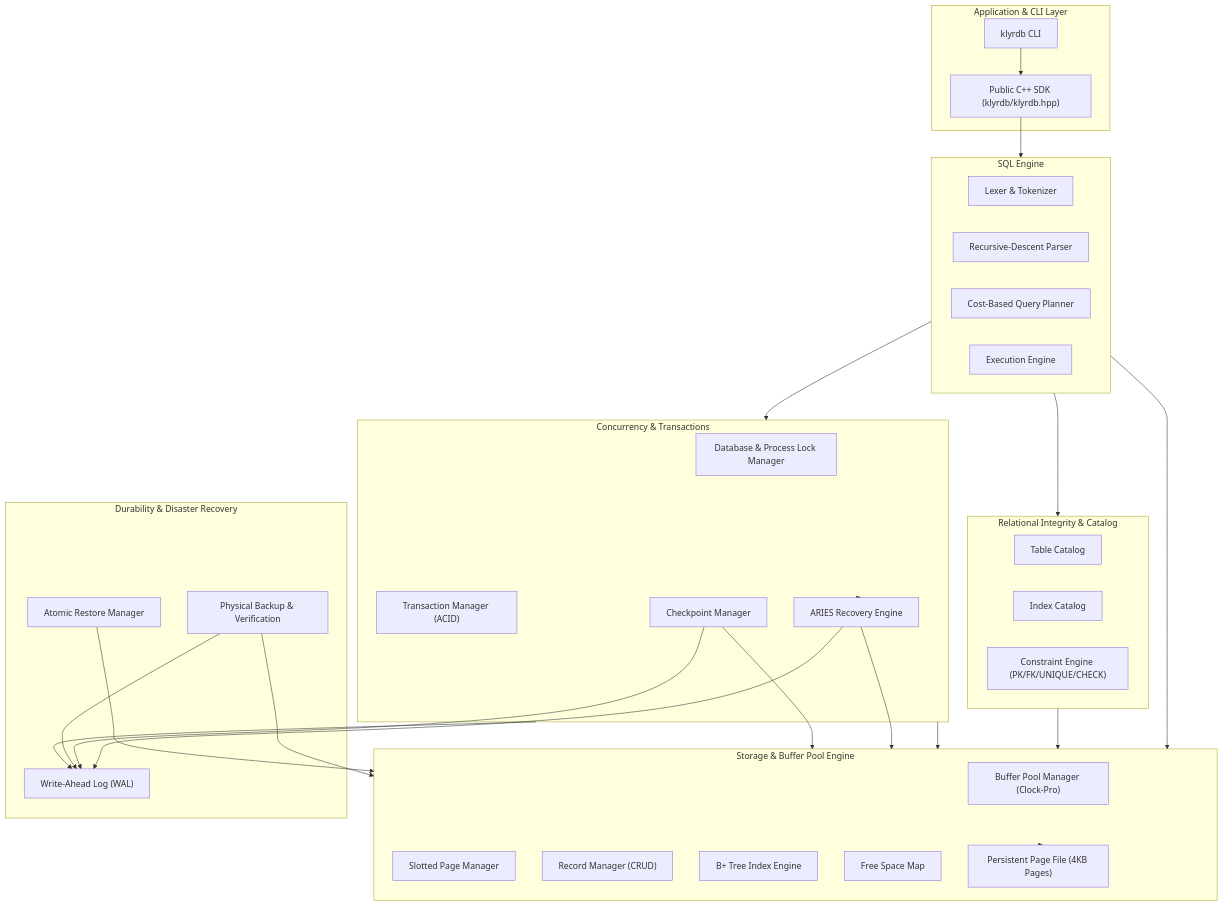
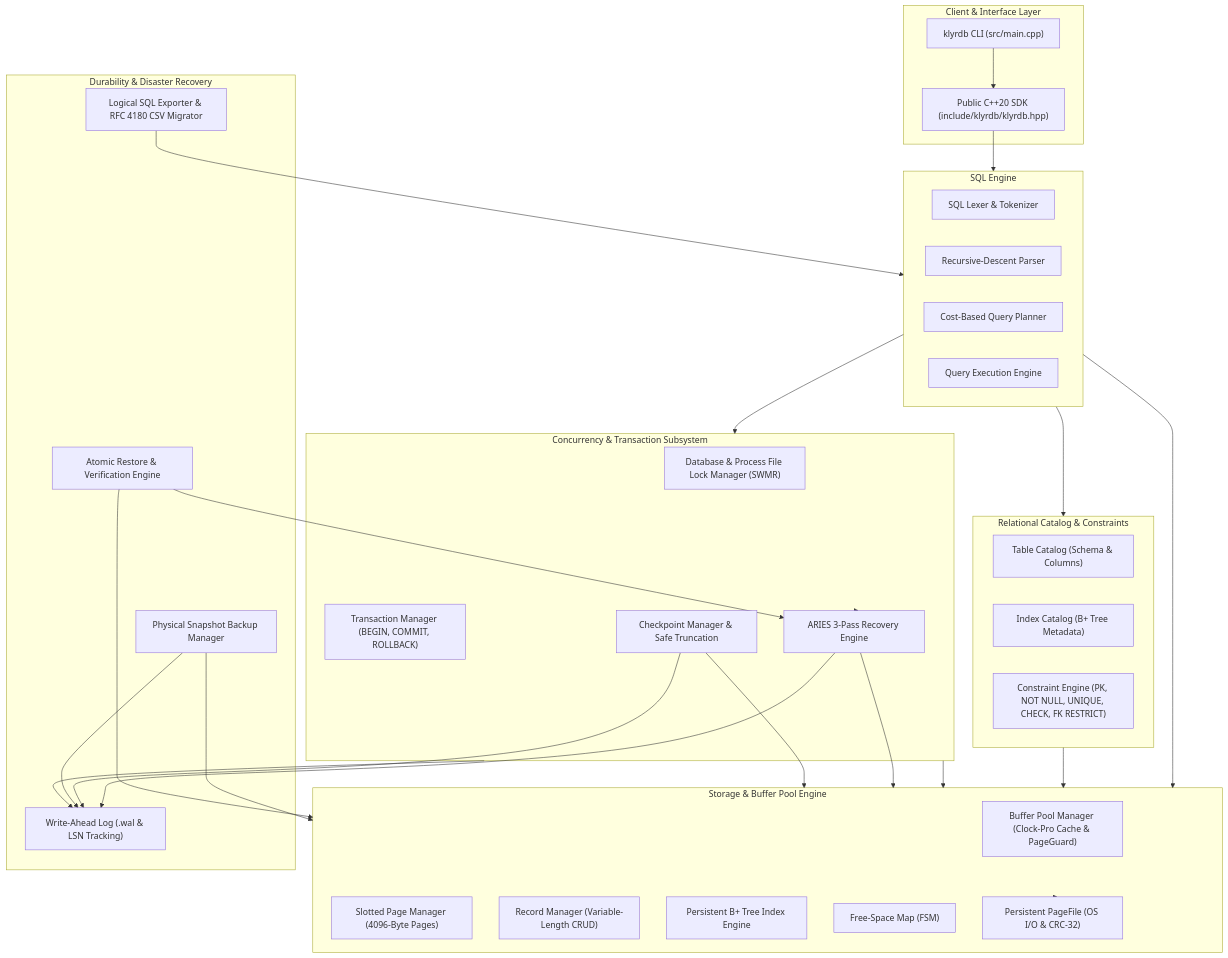
Before and after one commit to mnp210/Klyr-DB: the diagram in README.md, drawn with Mermaid. The commit also changed other lines of this file and 7 other files, not shown here.

````diff
--- a/README.md
+++ b/README.md
@@ -23,60 +14,63 @@
 ```mermaid
 flowchart TD
-    subgraph Client["Application & CLI Layer"]
-        CLI["klyrdb CLI"]
-        SDK["Public C++ SDK (klyrdb/klyrdb.hpp)"]
+    subgraph Client["Client & Interface Layer"]
+        CLI["klyrdb CLI (src/main.cpp)"]
+        SDK["Public C++20 SDK (include/klyrdb/klyrdb.hpp)"]
     end
 
     subgraph SQLEngine["SQL Engine"]
-        Lexer["Lexer & Tokenizer"]
+        Lexer["SQL Lexer & Tokenizer"]
         Parser["Recursive-Descent Parser"]
         Planner["Cost-Based Query Planner"]
-        Executor["Execution Engine"]
+        Executor["Query Execution Engine"]
     end
 
-    subgraph Relational["Relational Integrity & Catalog"]
-        TableCat["Table Catalog"]
-        IndexCat["Index Catalog"]
-        Constraints["Constraint Engine (PK/FK/UNIQUE/CHECK)"]
+    subgraph Relational["Relational Catalog & Constraints"]
+        TableCat["Table Catalog (Schema & Columns)"]
+        IndexCat["Index Catalog (B+ Tree Metadata)"]
+        Constraints["Constraint Engine (PK, NOT NULL, UNIQUE, CHECK, FK RESTRICT)"]
     end
 
-    subgraph TxnSubsystem["Concurrency & Transactions"]
-        LockMgr["Database & Process Lock Manager"]
-        TxnMgr["Transaction Manager (ACID)"]
-        Recovery["ARIES Recovery Engine"]
-        Checkpoint["Checkpoint Manager"]
+    subgraph ConcurrencyTxn["Concurrency & Transaction Subsystem"]
+        LockMgr["Database & Process File Lock Manager (SWMR)"]
+        TxnMgr["Transaction Manager (BEGIN, COMMIT, ROLLBACK)"]
+        Recovery["ARIES 3-Pass Recovery Engine"]
+        Checkpoint["Checkpoint Manager & Safe Truncation"]
     end
 
     subgraph StorageEngine["Storage & Buffer Pool Engine"]
-        BPM["Buffer Pool Manager (Clock-Pro)"]
-        SlottedPage["Slotted Page Manager"]
-        RecordMgr["Record Manager (CRUD)"]
-        BPlusTree["B+ Tree Index Engine"]
-        FSM["Free Space Map"]
-        PageFile["Persistent Page File (4KB Pages)"]
+        BPM["Buffer Pool Manager (Clock-Pro Cache & PageGuard)"]
+        SlottedPage["Slotted Page Manager (4096-Byte Pages)"]
+        RecordMgr["Record Manager (Variable-Length CRUD)"]
+        BPlusTree["Persistent B+ Tree Index Engine"]
+        FSM["Free-Space Map (FSM)"]
+        PageFile["Persistent PageFile (OS I/O & CRC-32)"]
     end
 
     subgraph Durability["Durability & Disaster Recovery"]
-        WAL["Write-Ahead Log (WAL)"]
-        BackupMgr["Physical Backup & Verification"]
-        RestoreMgr["Atomic Restore Manager"]
+        WAL["Write-Ahead Log (.wal & LSN Tracking)"]
+        BackupMgr["Physical Snapshot Backup Manager"]
+        RestoreMgr["Atomic Restore & Verification Engine"]
+        Migrator["Logical SQL Exporter & RFC 4180 CSV Migrator"]
     end
 
     CLI --> SDK
     SDK --> SQLEngine
     SQLEngine --> Relational
-    SQLEngine --> TxnSubsystem
+    SQLEngine --> ConcurrencyTxn
     SQLEngine --> StorageEngine
     Relational --> StorageEngine
-    TxnSubsystem --> WAL
-    TxnSubsystem --> StorageEngine
-    TxnSubsystem --> Recovery
+    ConcurrencyTxn --> WAL
+    ConcurrencyTxn --> StorageEngine
+    ConcurrencyTxn --> Recovery
     Recovery --> WAL
     Recovery --> StorageEngine
     Checkpoint --> StorageEngine
     Checkpoint --> WAL
     BackupMgr --> StorageEngine
     BackupMgr --> WAL
     RestoreMgr --> StorageEngine
+    RestoreMgr --> Recovery
+    Migrator --> SQLEngine
     StorageEngine --> PageFile
 ```
````
